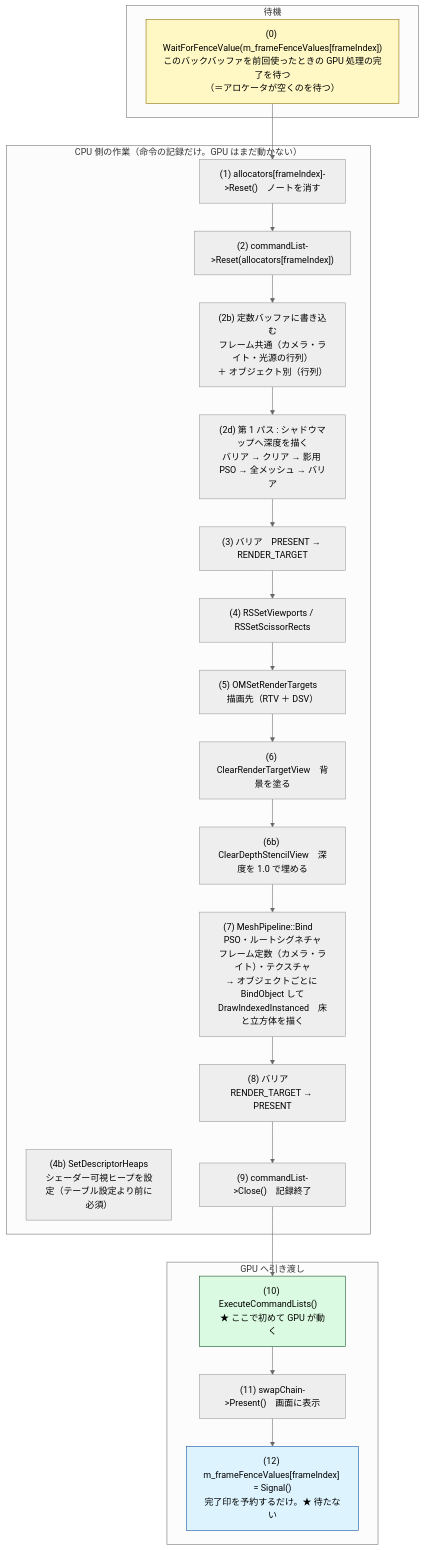
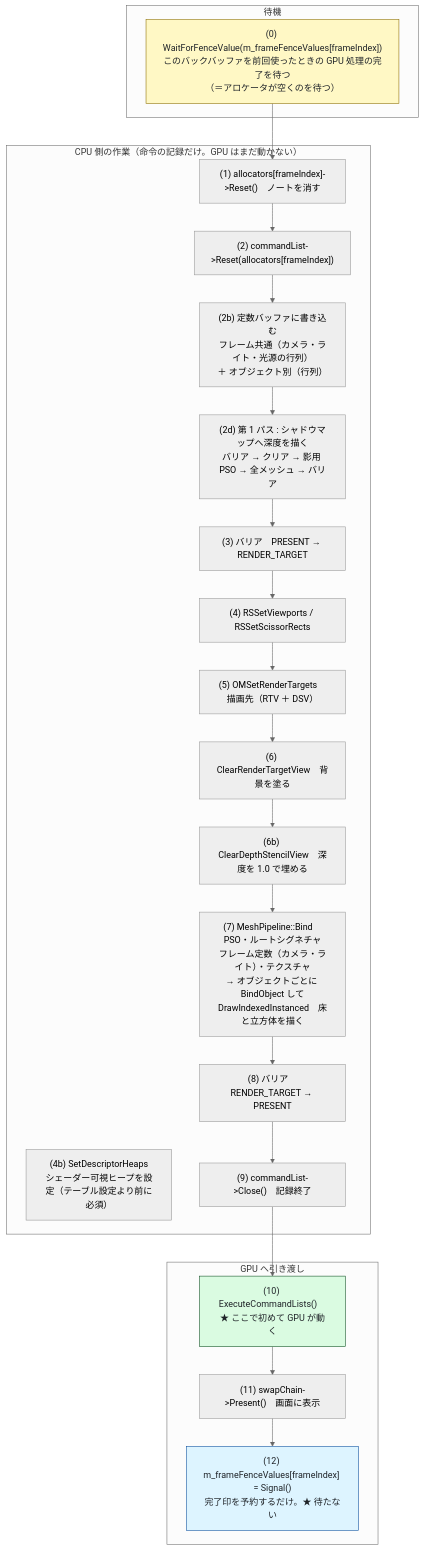
The third of 4 diagrams in docs/design/描画フロー.md (Tomonorarari-Think/DirectX12Dev), drawn with Mermaid (neutral theme) before and after one commit. The commit also changed other lines of this file and 28 other files, not shown here.

First line of the commit message:
fix: 図の文字が暗色モードで読めなくなる問題を直す

````diff
--- a/docs/design/描画フロー.md
+++ b/docs/design/描画フロー.md
@@ -108,37 +108,37 @@
 ```mermaid
 flowchart TD
     subgraph WAIT["待機"]
         W0["(0) WaitForFenceValue(m_frameFenceValues[frameIndex])<br/>このバックバッファを前回使ったときの GPU 処理の完了を待つ<br/>（＝アロケータが空くのを待つ）"]
     end
 
     subgraph CPU["CPU 側の作業（命令の記録だけ。GPU はまだ動かない）"]
         C1["(1) allocators[frameIndex]->Reset()　ノートを消す"]
         C2["(2) commandList->Reset(allocators[frameIndex])"]
         C2b["(2b) 定数バッファに書き込む<br/>フレーム共通（カメラ・ライト・光源の行列）<br/>＋ オブジェクト別（行列）"]
         C2d["(2d) 第 1 パス : シャドウマップへ深度を描く<br/>バリア → クリア → 影用 PSO → 全メッシュ → バリア"]
         C3["(3) バリア　PRESENT → RENDER_TARGET"]
         C4["(4) RSSetViewports / RSSetScissorRects"]
         C4b["(4b) SetDescriptorHeaps<br/>シェーダー可視ヒープを設定（テーブル設定より前に必須）"]
         C5["(5) OMSetRenderTargets　描画先（RTV ＋ DSV）"]
         C6["(6) ClearRenderTargetView　背景を塗る"]
         C6b["(6b) ClearDepthStencilView　深度を 1.0 で埋める"]
         C7["(7) MeshPipeline::Bind　PSO・ルートシグネチャ<br/>フレーム定数（カメラ・ライト）・テクスチャ<br/>→ オブジェクトごとに BindObject して<br/>DrawIndexedInstanced　床と立方体を描く"]
         C8["(8) バリア　RENDER_TARGET → PRESENT"]
         C9["(9) commandList->Close()　記録終了"]
         C1 --> C2 --> C2b --> C2d --> C3 --> C4 --> C5 --> C6 --> C6b --> C7 --> C8 --> C9
     end
 
     subgraph GPU["GPU へ引き渡し"]
         G10["(10) ExecuteCommandLists()　★ ここで初めて GPU が動く"]
         G11["(11) swapChain->Present()　画面に表示"]
         G12["(12) m_frameFenceValues[frameIndex] = Signal()<br/>完了印を予約するだけ。★ 待たない"]
         G10 --> G11 --> G12
     end
 
     W0 --> C1
     C9 --> G10
 
-    style W0 fill:#fff8c5,stroke:#8a6d00
-    style G10 fill:#dafbe1,stroke:#0d4f21
-    style G12 fill:#ddf4ff,stroke:#0a4f9e
+    style W0 fill:#fff8c5,stroke:#8a6d00,color:#1f2328
+    style G10 fill:#dafbe1,stroke:#0d4f21,color:#1f2328
+    style G12 fill:#ddf4ff,stroke:#0a4f9e,color:#1f2328
 ```
````
